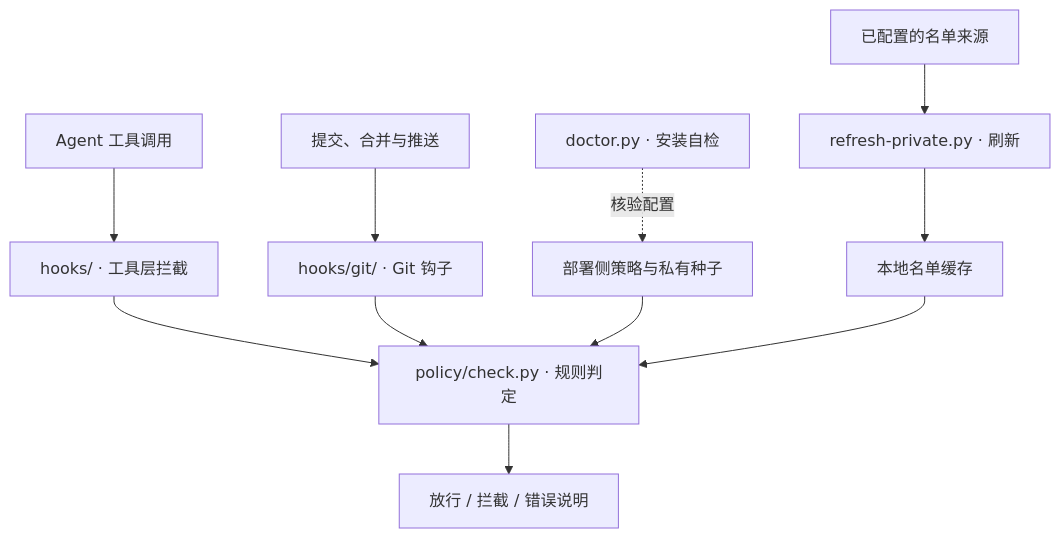
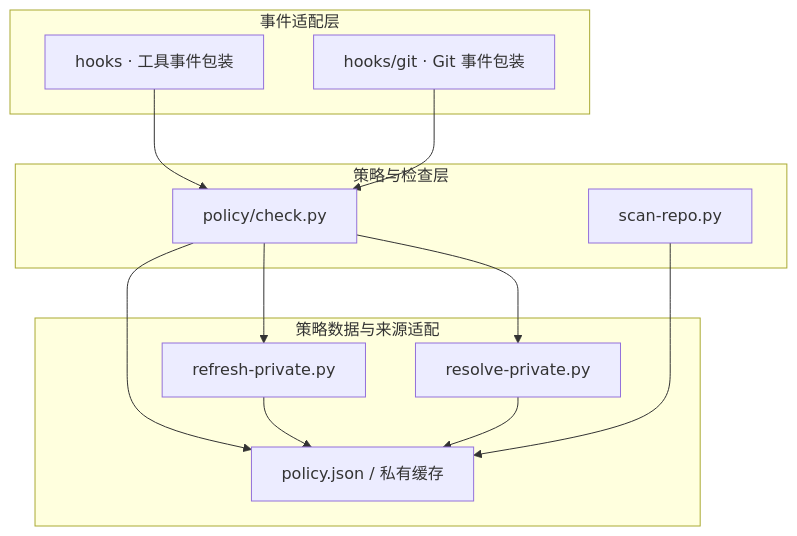
Before and after one commit to CyberNova2333/claude-code-antileak-hooks: the diagram in README.md, drawn with Mermaid. The commit also changed other lines of this file, not shown here.

Commit message:
docs(readme): 按实际源码重写分层架构
原架构说明混入了构建发布流程，无法说明代码职责与依赖关系。按现有源码重写分层图和职责表，补充源码入口、调用方向与实现边界，使读者可以从图中追踪到实际模块。

文档: 已更新 README.md 的分层代码架构；已检查源码链接并实际渲染 Mermaid 图表

````diff
--- a/README.md
+++ b/README.md
@@ -21,13 +25,24 @@
 ```mermaid
-flowchart TD
-    Calls["Agent 工具调用"] --> Hooks["hooks/ · 工具层拦截"]
-    Git["提交、合并与推送"] --> GitHooks["hooks/git/ · Git 钩子"]
-    Hooks --> Check["policy/check.py · 规则判定"]
-    GitHooks --> Check
-    Policy["部署侧策略与私有种子"] --> Check
-    Sources["已配置的名单来源"] --> Refresh["refresh-private.py · 刷新"]
-    Refresh --> Cache["本地名单缓存"]
-    Cache --> Check
-    Check --> Result["放行 / 拦截 / 错误说明"]
-    Doctor["doctor.py · 安装自检"] -. 核验配置 .-> Policy
+flowchart TB
+    subgraph L0["事件适配层"]
+        TOOLS["hooks · 工具事件包装"]
+        GIT["hooks/git · Git 事件包装"]
+    end
+    subgraph L1["策略与检查层"]
+        CHECK["policy/check.py"]
+        SCAN["scan-repo.py"]
+    end
+    subgraph L2["策略数据与来源适配"]
+        POLICY["policy.json / 私有缓存"]
+        REFRESH["refresh-private.py"]
+        RESOLVE["resolve-private.py"]
+    end
+    TOOLS --> CHECK
+    GIT --> CHECK
+    CHECK --> POLICY
+    SCAN --> POLICY
+    CHECK --> REFRESH
+    CHECK --> RESOLVE
+    REFRESH --> POLICY
+    RESOLVE --> POLICY
 ```
````
